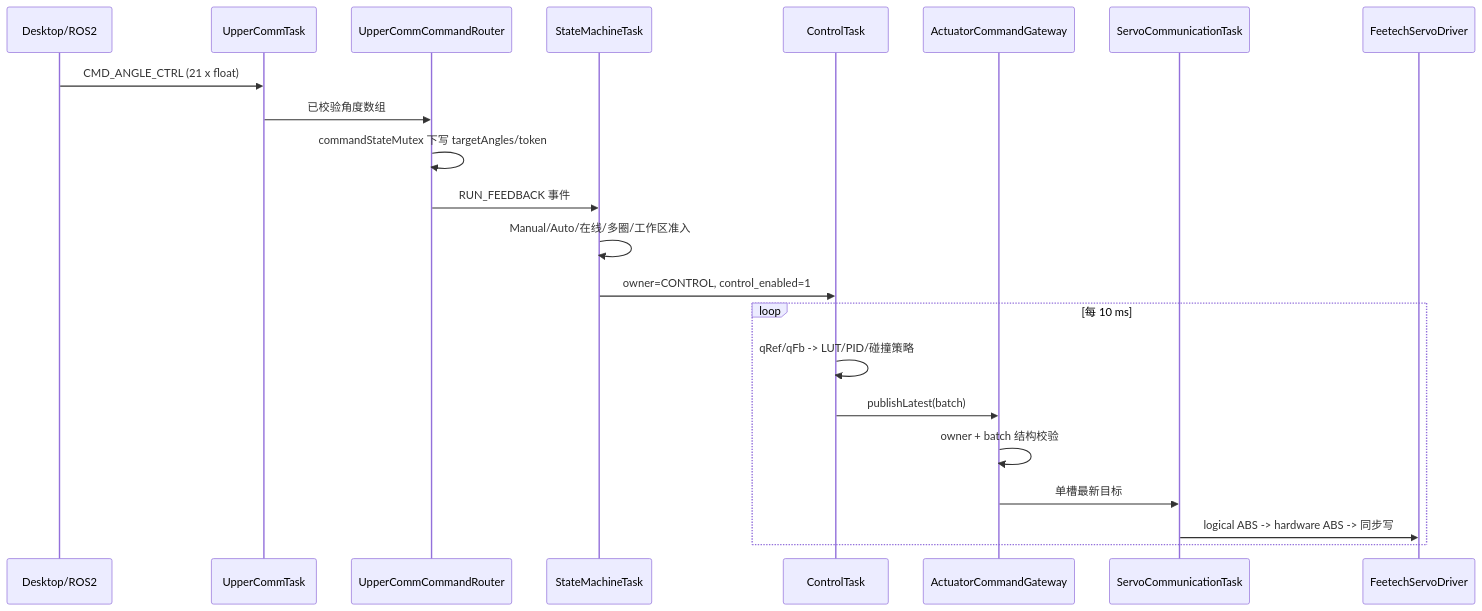
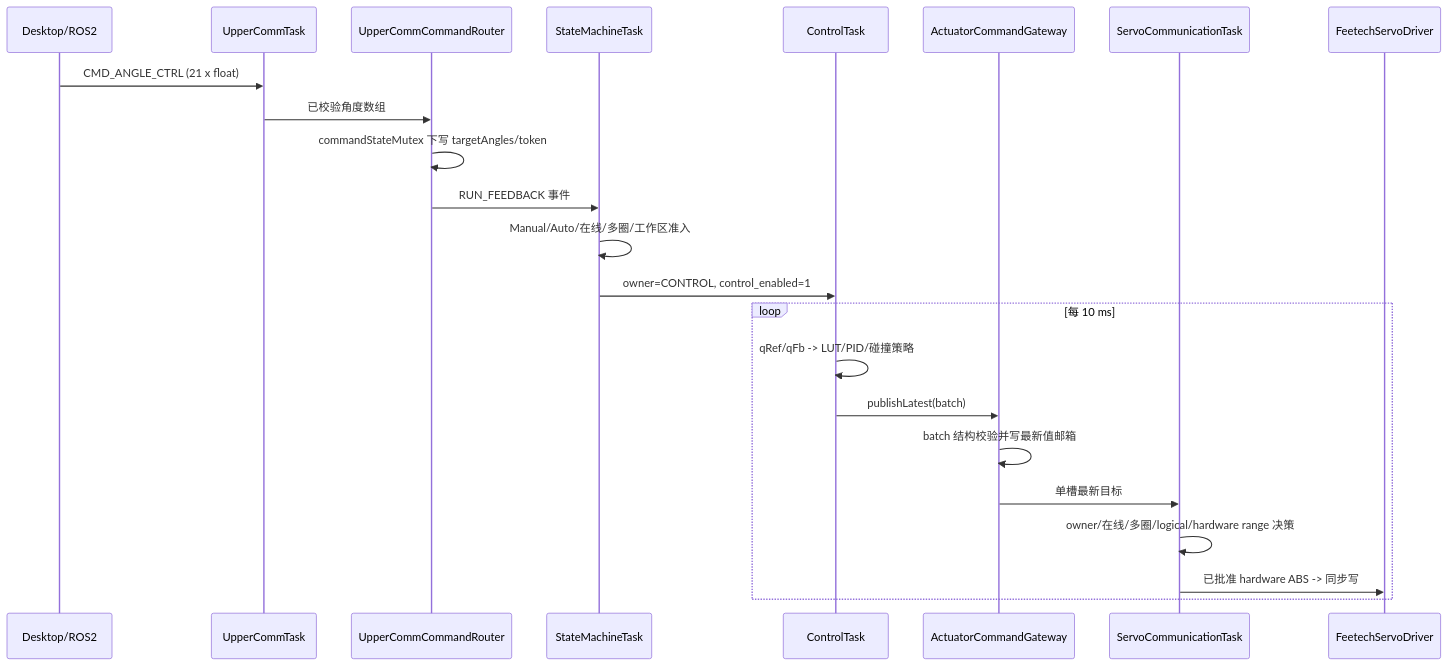
The third of 10 diagrams in ESP32-P4/ServoBoardMain/docs/P4_固件架构重构说明_20260731.md (mm-hand/mmhand-core-software), drawn with Mermaid before and after one commit. The commit also changed other lines of this file and 99 other files, not shown here.

Commit message:
refactor(p4): establish architecture and safety boundaries

````diff
--- a/ESP32-P4/ServoBoardMain/docs/P4_固件架构重构说明_20260731.md
+++ b/ESP32-P4/ServoBoardMain/docs/P4_固件架构重构说明_20260731.md
@@ -171,25 +177,26 @@
 ```mermaid
 sequenceDiagram
     participant H as Desktop/ROS2
     participant U as UpperCommTask
     participant R as UpperCommCommandRouter
     participant S as StateMachineTask
     participant C as ControlTask
     participant G as ActuatorCommandGateway
     participant V as ServoCommunicationTask
     participant D as FeetechServoDriver
 
     H->>U: CMD_ANGLE_CTRL (21 x float)
     U->>R: 已校验角度数组
     R->>R: commandStateMutex 下写 targetAngles/token
     R->>S: RUN_FEEDBACK 事件
     S->>S: Manual/Auto/在线/多圈/工作区准入
     S->>C: owner=CONTROL, control_enabled=1
     loop 每 10 ms
         C->>C: qRef/qFb -> LUT/PID/碰撞策略
         C->>G: publishLatest(batch)
-        G->>G: owner + batch 结构校验
+        G->>G: batch 结构校验并写最新值邮箱
         G->>V: 单槽最新目标
-        V->>D: logical ABS -> hardware ABS -> 同步写
+        V->>V: owner/在线/多圈/logical/hardware range 决策
+        V->>D: 已批准 hardware ABS -> 同步写
     end
 ```
````
